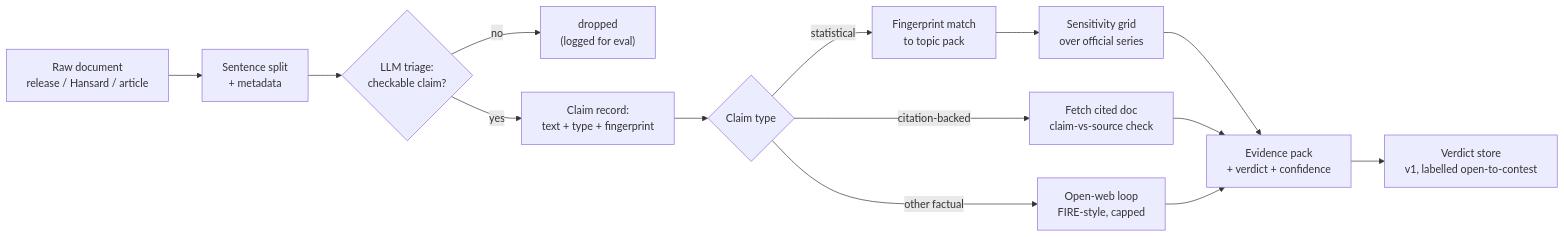
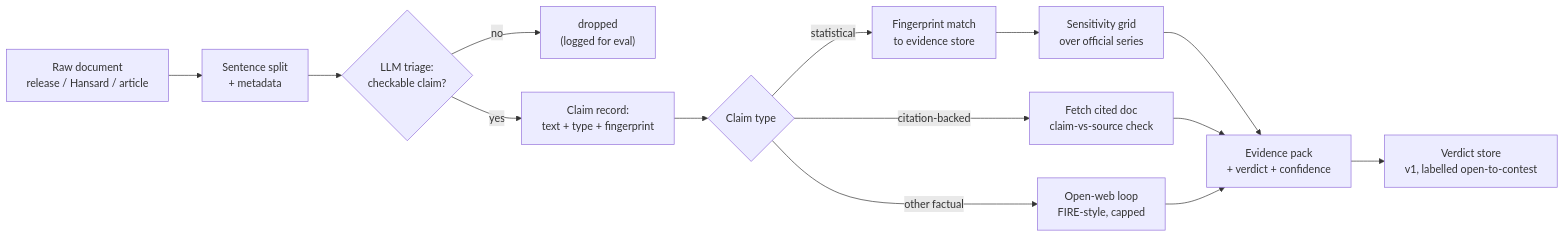
One commit to bradleyscott/claimwatch-nz changed the second of 5 diagrams in docs/ARCHITECTURE.md. Above: the diagram before and after it, drawn with Mermaid. The commit also changed other lines of this file and 14 other files, not shown here.

First line of the commit message:
docs(adr-0010): replace pre-computed topic packs with claim-anchored evidence store

````diff
--- a/docs/ARCHITECTURE.md
+++ b/docs/ARCHITECTURE.md
@@ -55,16 +55,16 @@
 ```mermaid
 flowchart LR
     A["Raw document<br/>release / Hansard / article"] --> B["Sentence split<br/>+ metadata"]
     B --> C{"LLM triage:<br/>checkable claim?"}
     C -- "no" --> Z["dropped<br/>(logged for eval)"]
     C -- "yes" --> D["Claim record:<br/>text + type + fingerprint"]
     D --> E{"Claim type"}
-    E -- "statistical" --> F["Fingerprint match<br/>to topic pack"]
+    E -- "statistical" --> F["Fingerprint match<br/>to evidence store"]
     F --> G["Sensitivity grid<br/>over official series"]
     E -- "citation-backed" --> H["Fetch cited doc<br/>claim-vs-source check"]
     E -- "other factual" --> I["Open-web loop<br/>FIRE-style, capped"]
     G --> J["Evidence pack<br/>+ verdict + confidence"]
     H --> J
     I --> J
     J --> K["Verdict store<br/>v1, labelled open-to-contest"]
 ```
````
